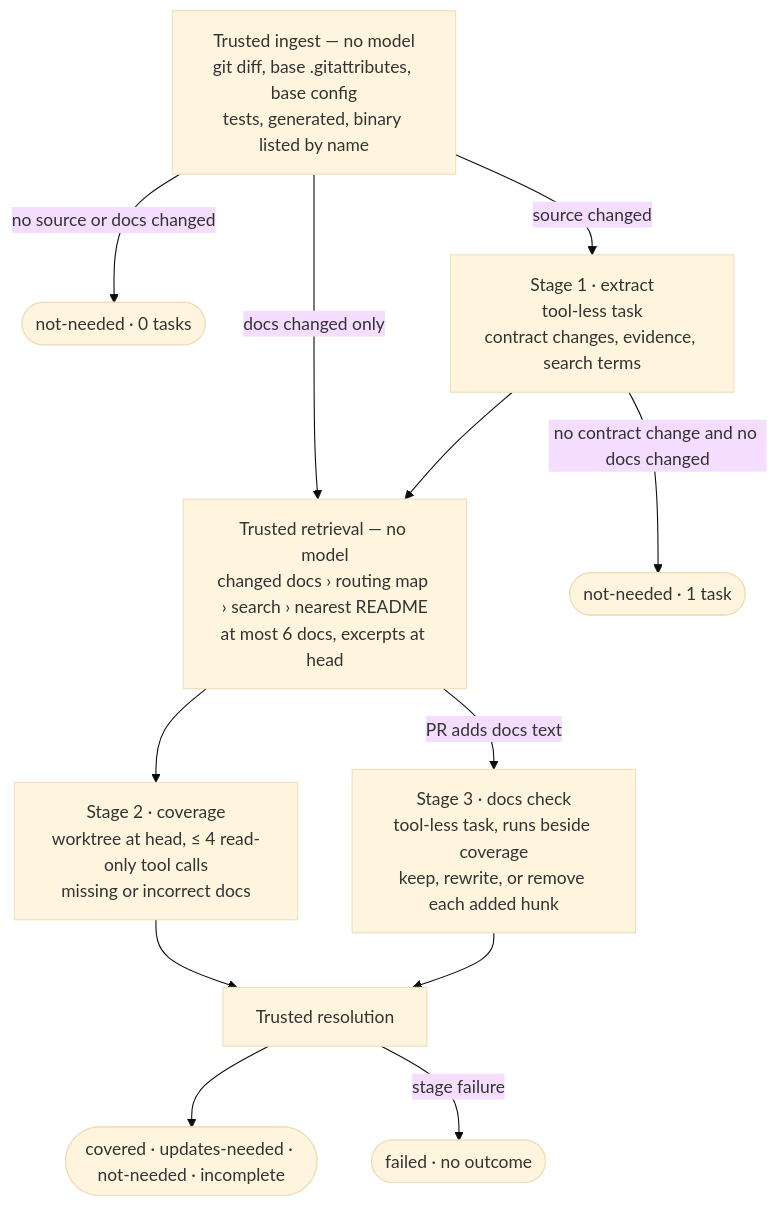
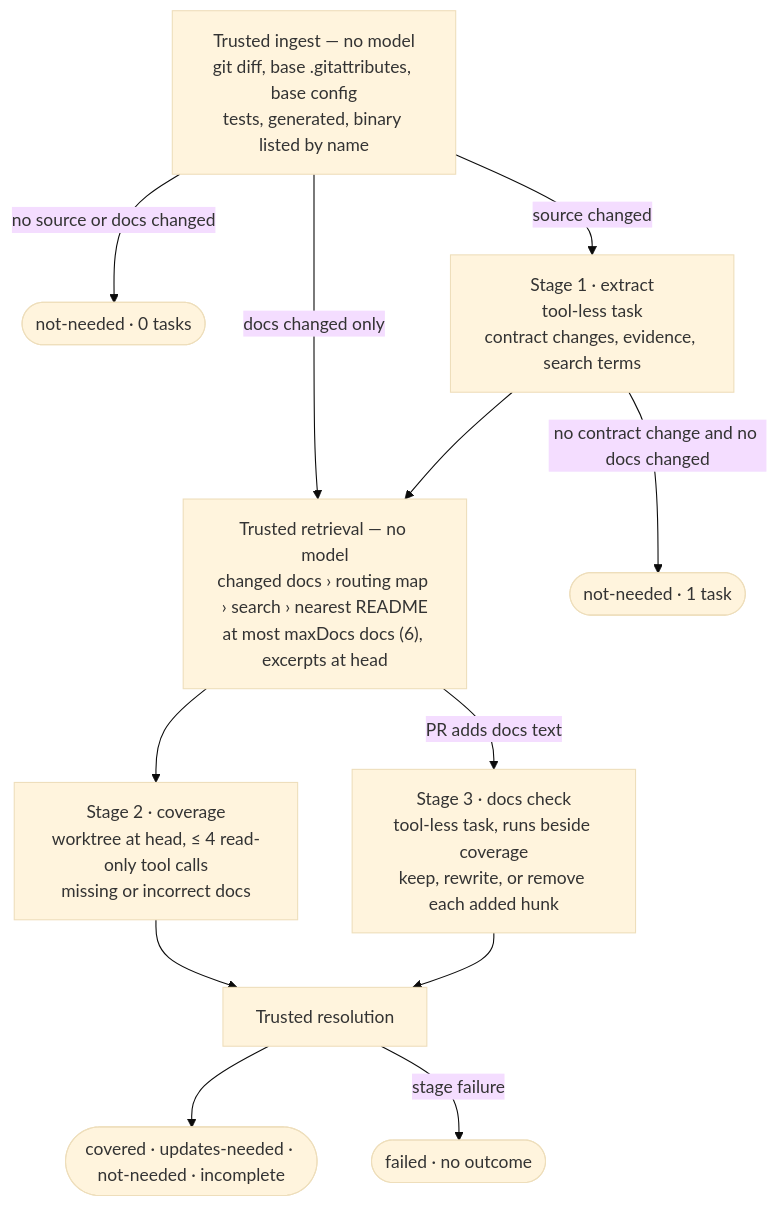
The first of 2 diagrams in libs/docs-impact-review/README.md (getlarge/themoltnet), drawn with Mermaid (base theme) before and after one commit. The commit also changed other lines of this file and 1 other file, not shown here.

````diff
--- a/libs/docs-impact-review/README.md
+++ b/libs/docs-impact-review/README.md
@@ -16,15 +16,15 @@
 ```mermaid
 flowchart TD
   ingest["Trusted ingest — no model<br/>git diff, base .gitattributes, base config<br/>tests, generated, binary listed by name"]
   ingest -->|no source or docs changed| nn0(["not-needed · 0 tasks"])
   ingest -->|source changed| extract["Stage 1 · extract<br/>tool-less task<br/>contract changes, evidence, search terms"]
   ingest -->|docs changed only| retrieval
   extract -->|no contract change and no docs changed| nn1(["not-needed · 1 task"])
-  extract --> retrieval["Trusted retrieval — no model<br/>changed docs › routing map › search › nearest README<br/>at most 6 docs, excerpts at head"]
+  extract --> retrieval["Trusted retrieval — no model<br/>changed docs › routing map › search › nearest README<br/>at most maxDocs docs (6), excerpts at head"]
   retrieval --> coverage["Stage 2 · coverage<br/>worktree at head, ≤ 4 read-only tool calls<br/>missing or incorrect docs"]
   retrieval -->|PR adds docs text| check["Stage 3 · docs check<br/>tool-less task, runs beside coverage<br/>keep, rewrite, or remove each added hunk"]
   coverage --> resolve["Trusted resolution"]
   check --> resolve
   resolve --> outcome(["covered · updates-needed · not-needed · incomplete"])
   resolve -->|stage failure| failed(["failed · no outcome"])
 ```
````
